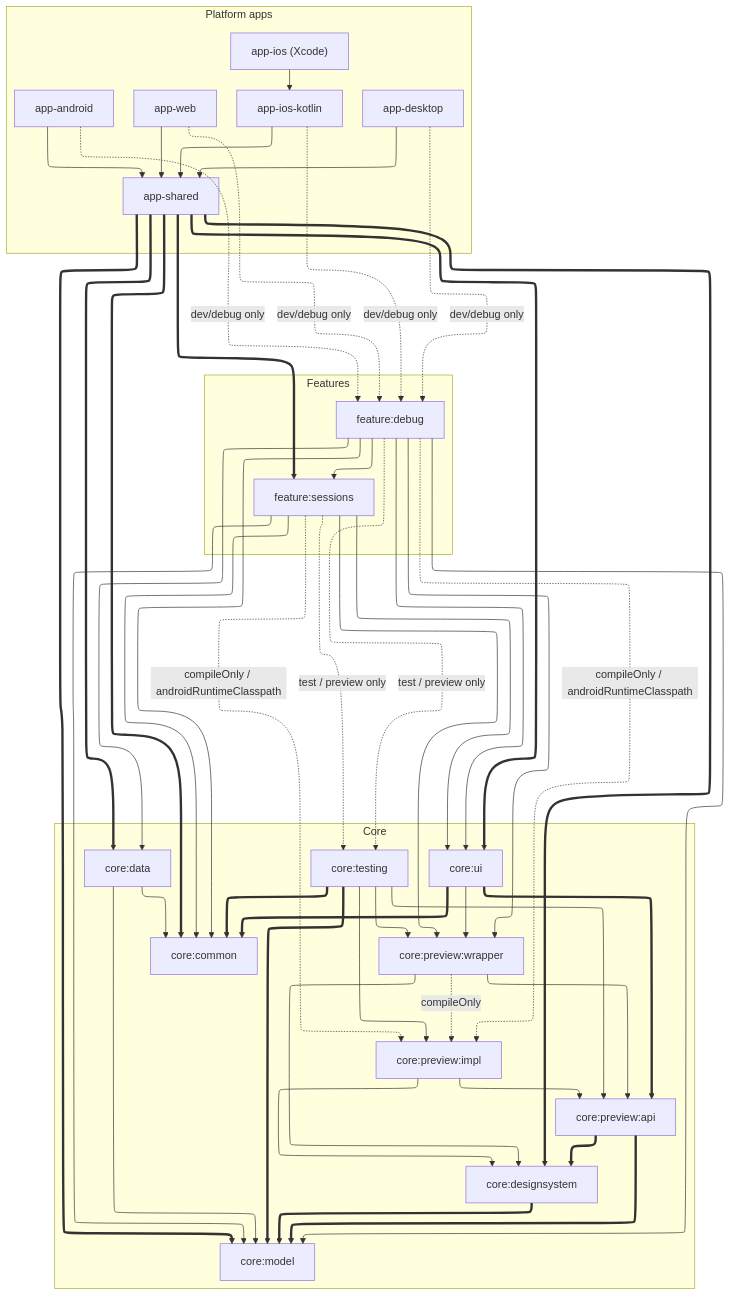
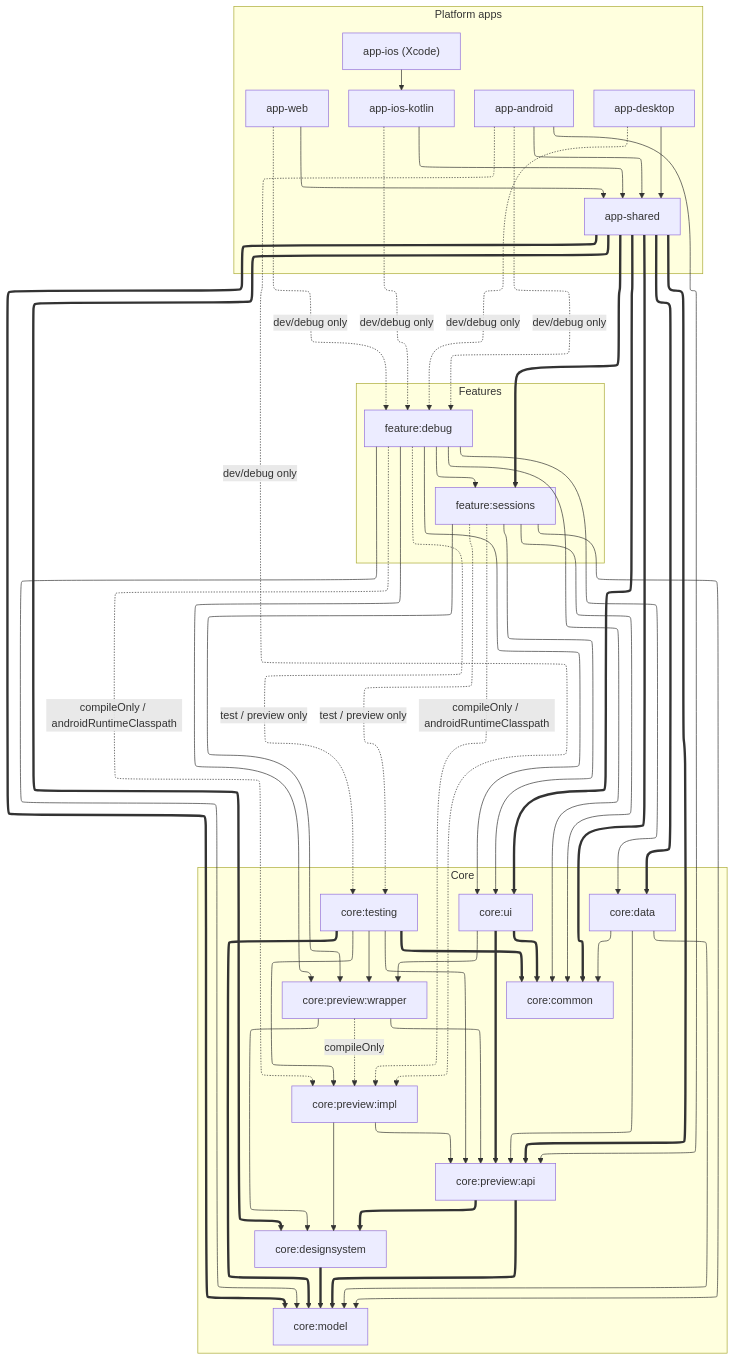
The diagram in docs/project-structure.md (DroidKaigi/conference-app-2026), drawn with Mermaid before and after one commit. The commit also changed other lines of this file and 1 other file, not shown here.

Commit message:
Document :feature:search module and update dependency graph
- Add :feature:search to the feature module list in project-structure.md
- Regenerate mermaid dependency graph via gen-module-graph.mjs
- Update DefaultFavoriteTimetableItemIdMutationKey scope example in soil-keys.md

```diff
--- a/docs/project-structure.md
+++ b/docs/project-structure.md
@@ -93,6 +93,8 @@
     core_ui["core:ui"]
   end
   app_android --> app_shared
+  app_android --> core_preview_api
+  app_android -. "dev/debug only" .-> core_preview_impl
   app_android -. "dev/debug only" .-> feature_debug
   app_desktop --> app_shared
   app_desktop -. "dev/debug only" .-> feature_debug
@@ -102,12 +104,14 @@
   app_shared ==> core_data
   app_shared ==> core_designsystem
   app_shared ==> core_model
+  app_shared ==> core_preview_api
   app_shared ==> core_ui
   app_shared ==> feature_sessions
   app_web --> app_shared
   app_web -. "dev/debug only" .-> feature_debug
   core_data --> core_common
   core_data --> core_model
+  core_data --> core_preview_api
   core_designsystem ==> core_model
   core_preview_api ==> core_designsystem
   core_preview_api ==> core_model
```
